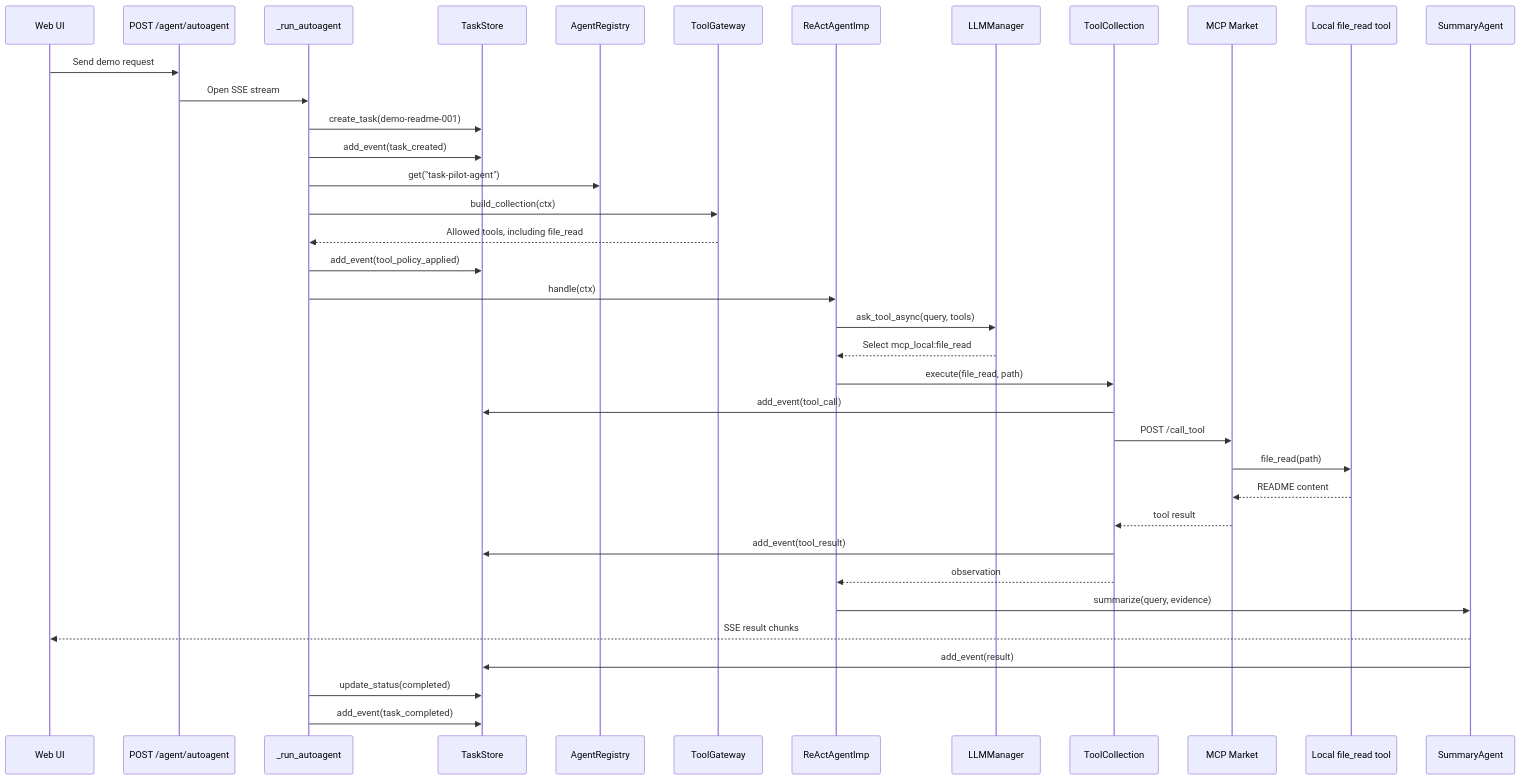
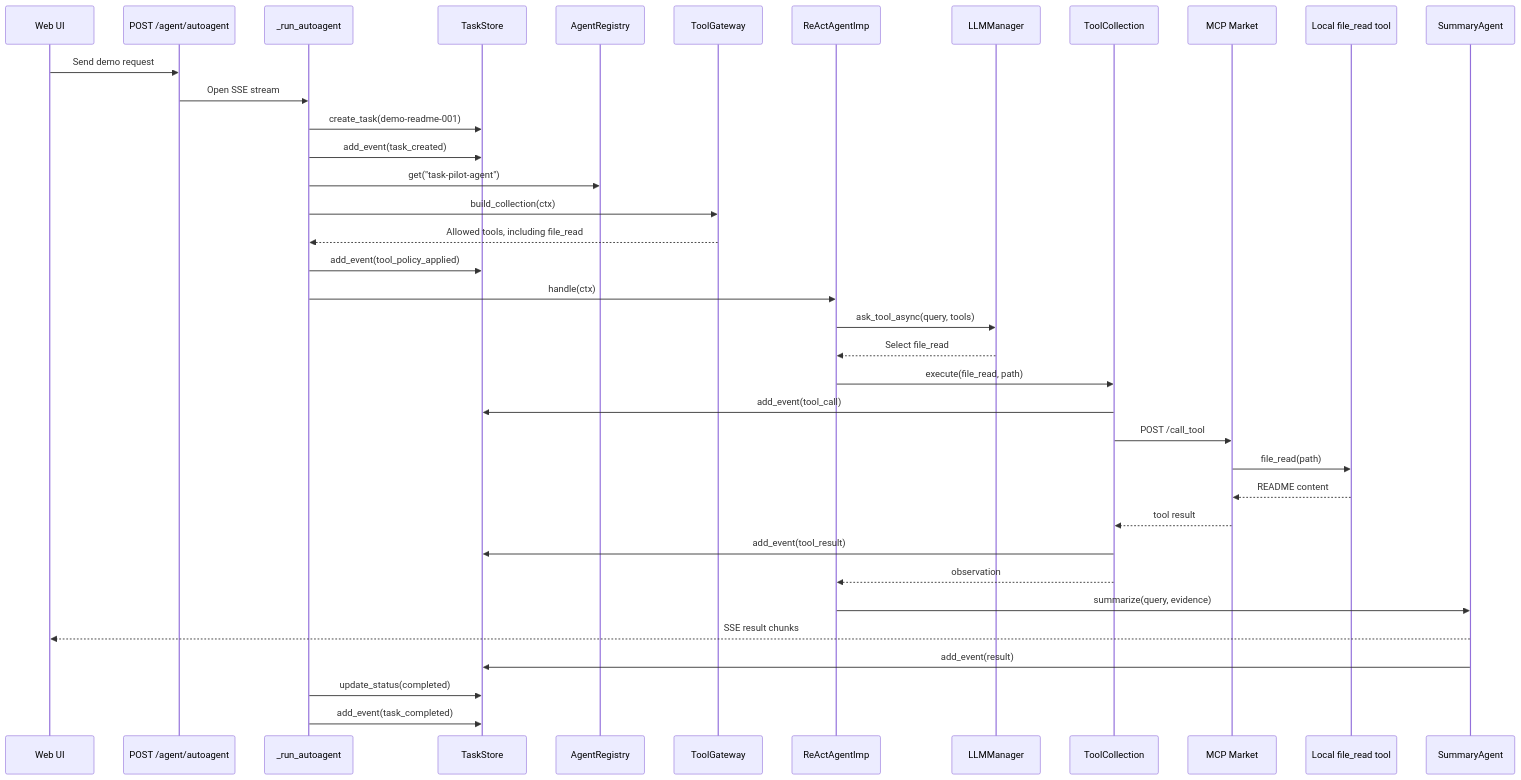
Before and after one commit to youkuxiaobin/task-pilot-agent: diagram 18 of 18 in README.md, drawn with Mermaid. The commit also changed other lines of this file and 35 other files, not shown here.

````diff
--- a/README.md
+++ b/README.md
@@ -387,40 +387,40 @@
 ```mermaid
 sequenceDiagram
   participant Browser as Web UI
   participant API as POST /agent/autoagent
   participant Runner as _run_autoagent
   participant Store as TaskStore
   participant Registry as AgentRegistry
   participant Gateway as ToolGateway
   participant React as ReActAgentImp
   participant LLM as LLMManager
   participant Tools as ToolCollection
   participant Market as MCP Market
   participant MCP as Local file_read tool
   participant Summary as SummaryAgent
 
   Browser->>API: Send demo request
   API->>Runner: Open SSE stream
   Runner->>Store: create_task(demo-readme-001)
   Runner->>Store: add_event(task_created)
   Runner->>Registry: get("task-pilot-agent")
   Runner->>Gateway: build_collection(ctx)
   Gateway-->>Runner: Allowed tools, including file_read
   Runner->>Store: add_event(tool_policy_applied)
   Runner->>React: handle(ctx)
   React->>LLM: ask_tool_async(query, tools)
-  LLM-->>React: Select mcp_local:file_read
+  LLM-->>React: Select file_read
   React->>Tools: execute(file_read, path)
   Tools->>Store: add_event(tool_call)
   Tools->>Market: POST /call_tool
   Market->>MCP: file_read(path)
   MCP-->>Market: README content
   Market-->>Tools: tool result
   Tools->>Store: add_event(tool_result)
   Tools-->>React: observation
   React->>Summary: summarize(query, evidence)
   Summary-->>Browser: SSE result chunks
   Summary->>Store: add_event(result)
   Runner->>Store: update_status(completed)
   Runner->>Store: add_event(task_completed)
 ```
````
